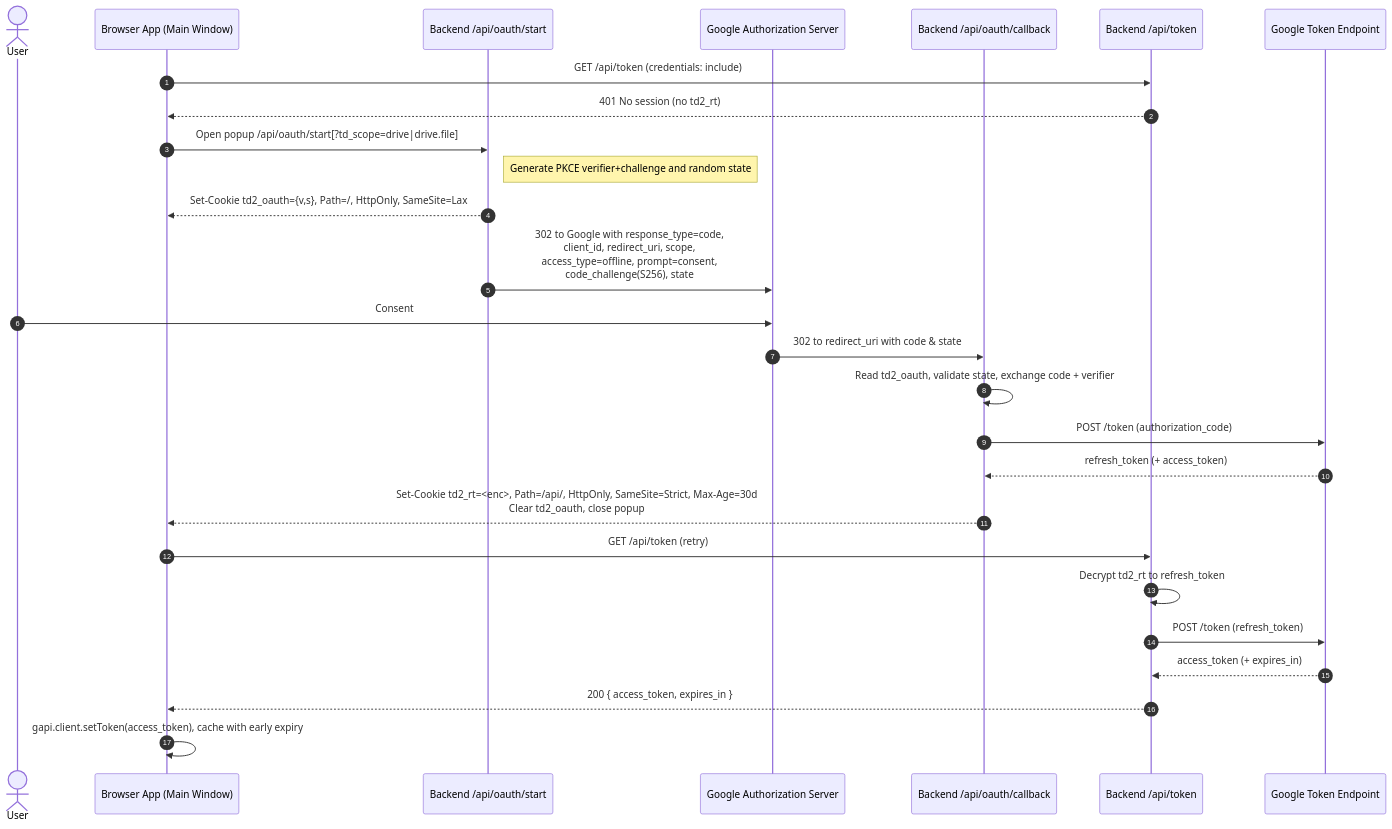
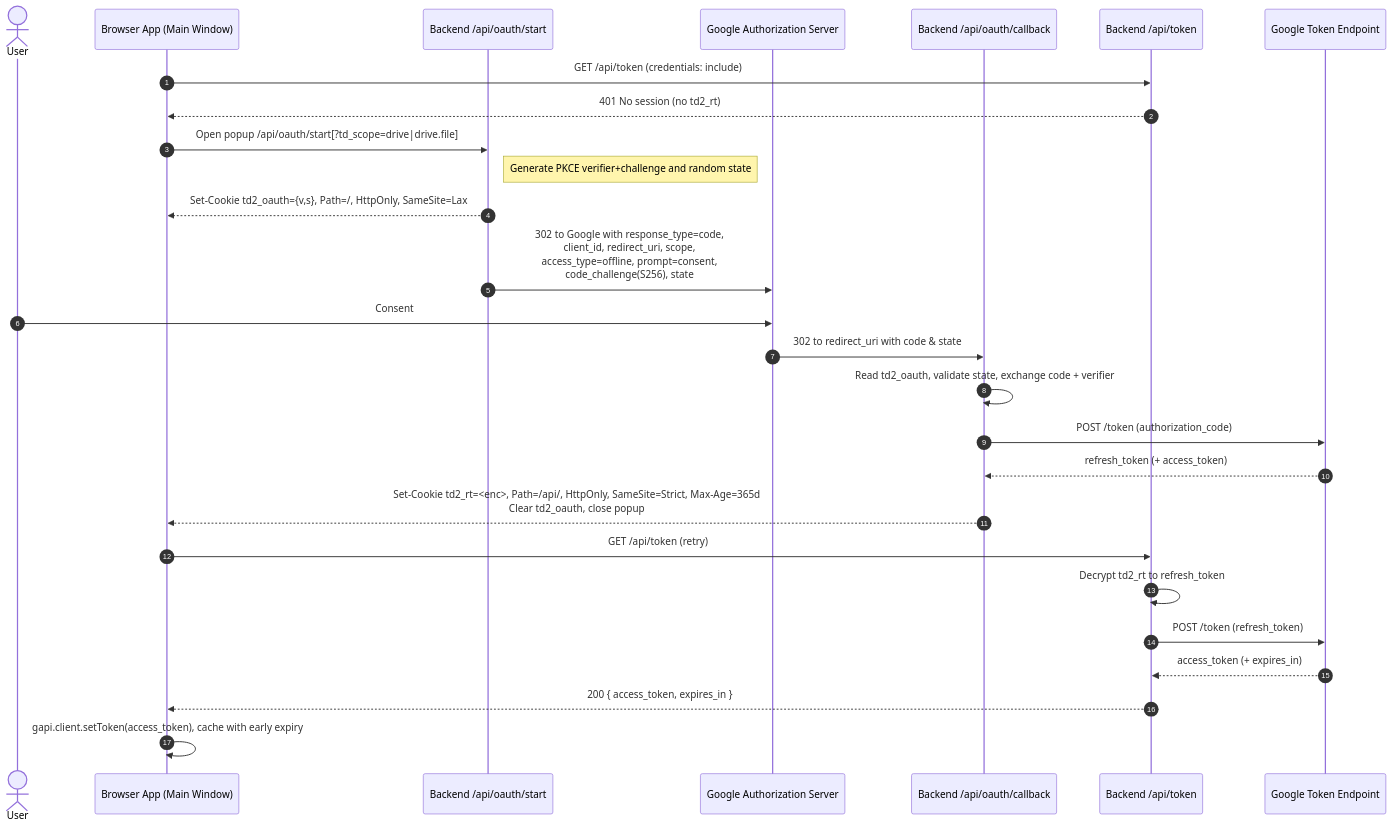
One commit to aneuhold/tiddlydrive changed the diagram in backend/README.md. Above: the diagram before and after it, drawn with Mermaid. The commit also changed other lines of this file and 3 other files, not shown here.

````diff
--- a/backend/README.md
+++ b/backend/README.md
@@ -37,33 +37,33 @@
 ```mermaid
 sequenceDiagram
   autonumber
   actor User as User
   participant App as Browser App (Main Window)
   participant Start as Backend /api/oauth/start
   participant GoogleAuth as Google Authorization Server
   participant Callback as Backend /api/oauth/callback
   participant Token as Backend /api/token
   participant GoogleToken as Google Token Endpoint
 
   App->>Token: GET /api/token (credentials: include)
   Token-->>App: 401 No session (no td2_rt)
 
   App->>Start: Open popup /api/oauth/start[?td_scope=drive|drive.file]
   Note right of Start: Generate PKCE verifier+challenge and random state
   Start-->>App: Set-Cookie td2_oauth={v,s}, Path=/, HttpOnly, SameSite=Lax
   Start->>GoogleAuth: 302 to Google with response_type=code,<br/>client_id, redirect_uri, scope,<br/>access_type=offline, prompt=consent,<br/>code_challenge(S256), state
 
   User->>GoogleAuth: Consent
   GoogleAuth->>Callback: 302 to redirect_uri with code & state
   Callback->>Callback: Read td2_oauth, validate state, exchange code + verifier
   Callback->>GoogleToken: POST /token (authorization_code)
   GoogleToken-->>Callback: refresh_token (+ access_token)
-  Callback-->>App: Set-Cookie td2_rt=<enc>, Path=/api/, HttpOnly, SameSite=Strict, Max-Age=30d<br/>Clear td2_oauth, close popup
+  Callback-->>App: Set-Cookie td2_rt=<enc>, Path=/api/, HttpOnly, SameSite=Strict, Max-Age=365d<br/>Clear td2_oauth, close popup
 
   App->>Token: GET /api/token (retry)
   Token->>Token: Decrypt td2_rt to refresh_token
   Token->>GoogleToken: POST /token (refresh_token)
   GoogleToken-->>Token: access_token (+ expires_in)
   Token-->>App: 200 { access_token, expires_in }
   App->>App: gapi.client.setToken(access_token), cache with early expiry
 ```
````
